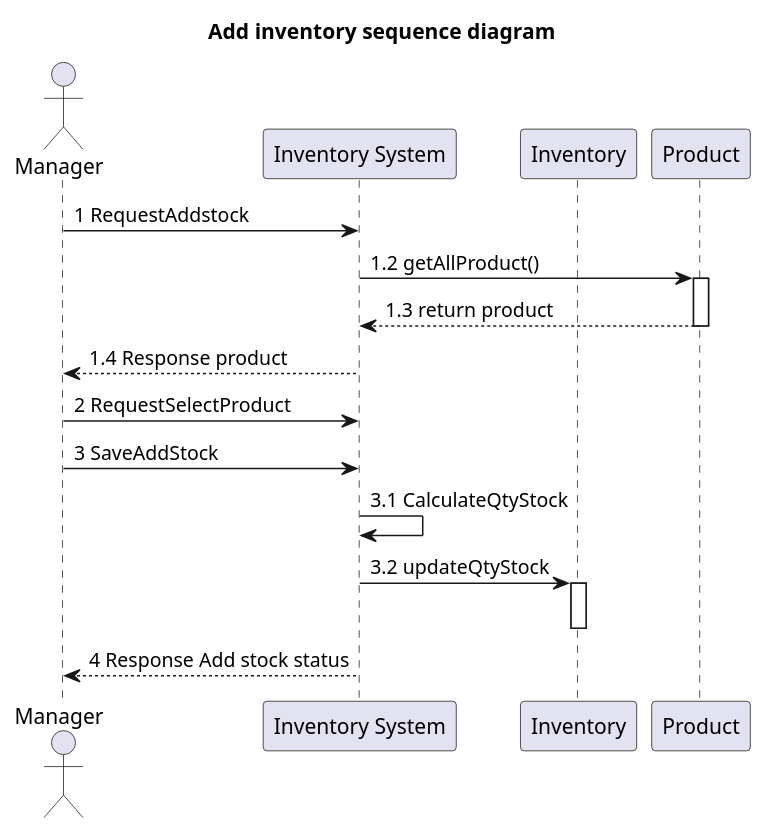
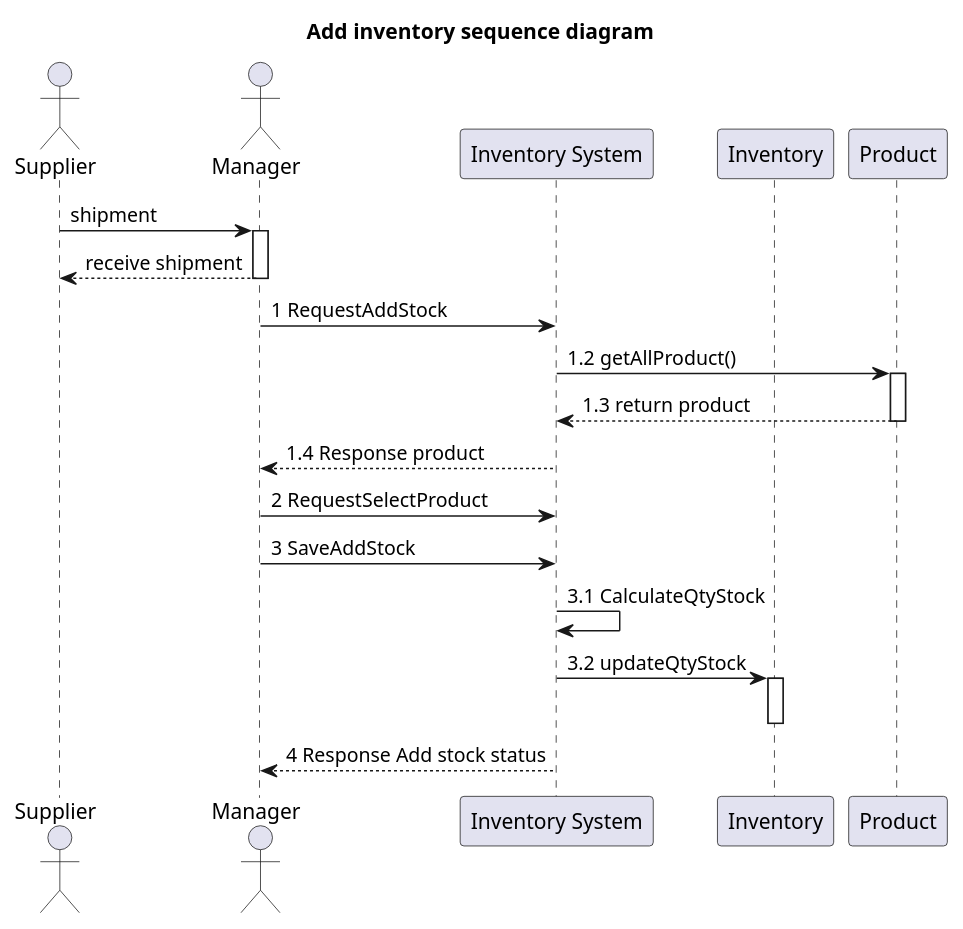
Before and after one commit to billowdev/inventory-system-plantuml-sequelize-seeder-example: the diagram in system-analysis/sequence/_1_2_sequence-add-inventory.puml, drawn with PlantUML.

```diff
--- a/system-analysis/sequence/_1_2_sequence-add-inventory.puml
+++ b/system-analysis/sequence/_1_2_sequence-add-inventory.puml
@@ -1,54 +1,63 @@
 @startuml
 'https://plantuml.com/sequence-diagram
 
 title Add inventory sequence diagram
 
+actor Supplier as actorSupplier
 actor Manager as actorManager
 participant "Inventory System" as InventorySystem
 participant "Inventory" as classInventory
 participant "Product" as classProduct
+
 'participant "Category" as classCategory
+
 
 'actorManager -> InventorySystem: 1. RequestViewStock
 'activate InventorySystem
 
 '-------------- START add stock ---------------
+actorSupplier -> actorManager : shipment
+activate actorManager
 
-actorManager -> InventorySystem : 1 RequestAddstock
+actorManager --> actorSupplier : receive shipment
+deactivate actorManager
+
+actorManager -> InventorySystem : 1 RequestAddStock
+
 
 InventorySystem -> classProduct: 1.2 getAllProduct()
 activate classProduct
 
 classProduct --> InventorySystem: 1.3 return product
 deactivate classProduct
 
 InventorySystem  --> actorManager: 1.4 Response product
 
 actorManager -> InventorySystem : 2 RequestSelectProduct
 actorManager -> InventorySystem :  3 SaveAddStock
 
 InventorySystem -> InventorySystem :  3.1 CalculateQtyStock
 
 
 InventorySystem -> classInventory: 3.2 updateQtyStock
 activate classInventory
 
 deactivate classInventory
 
 InventorySystem  --> actorManager : 4 Response Add stock status
 deactivate InventorySystem
 
 'classProduct -> classCategory: request category
 'activate classCategory
 '
 'classCategory -> classProduct: response category
 'deactivate classCategory
 
 
 
 'classInventory --> InventorySystem: 4.4 response stock
 'deactivate classInventory
 
 '-------------- END add stock ---------------
 
 @enduml
```
